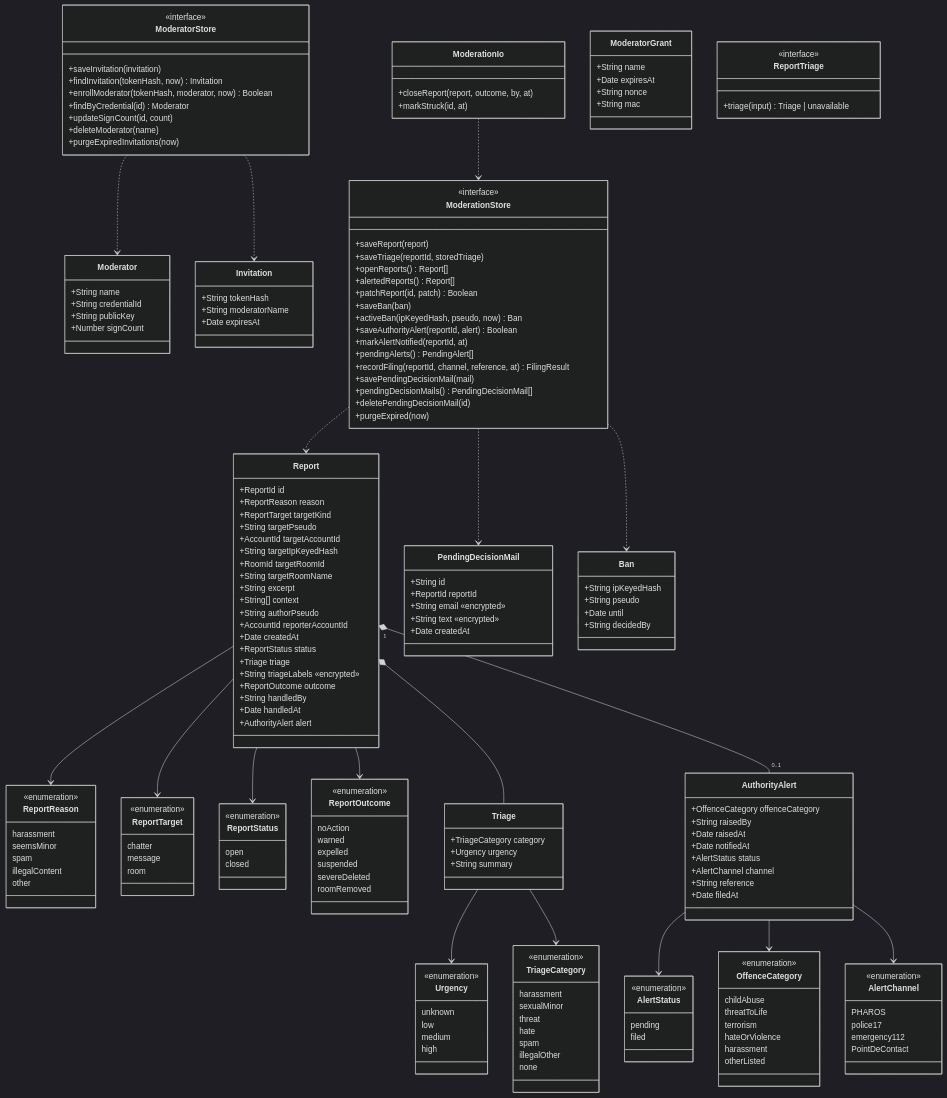
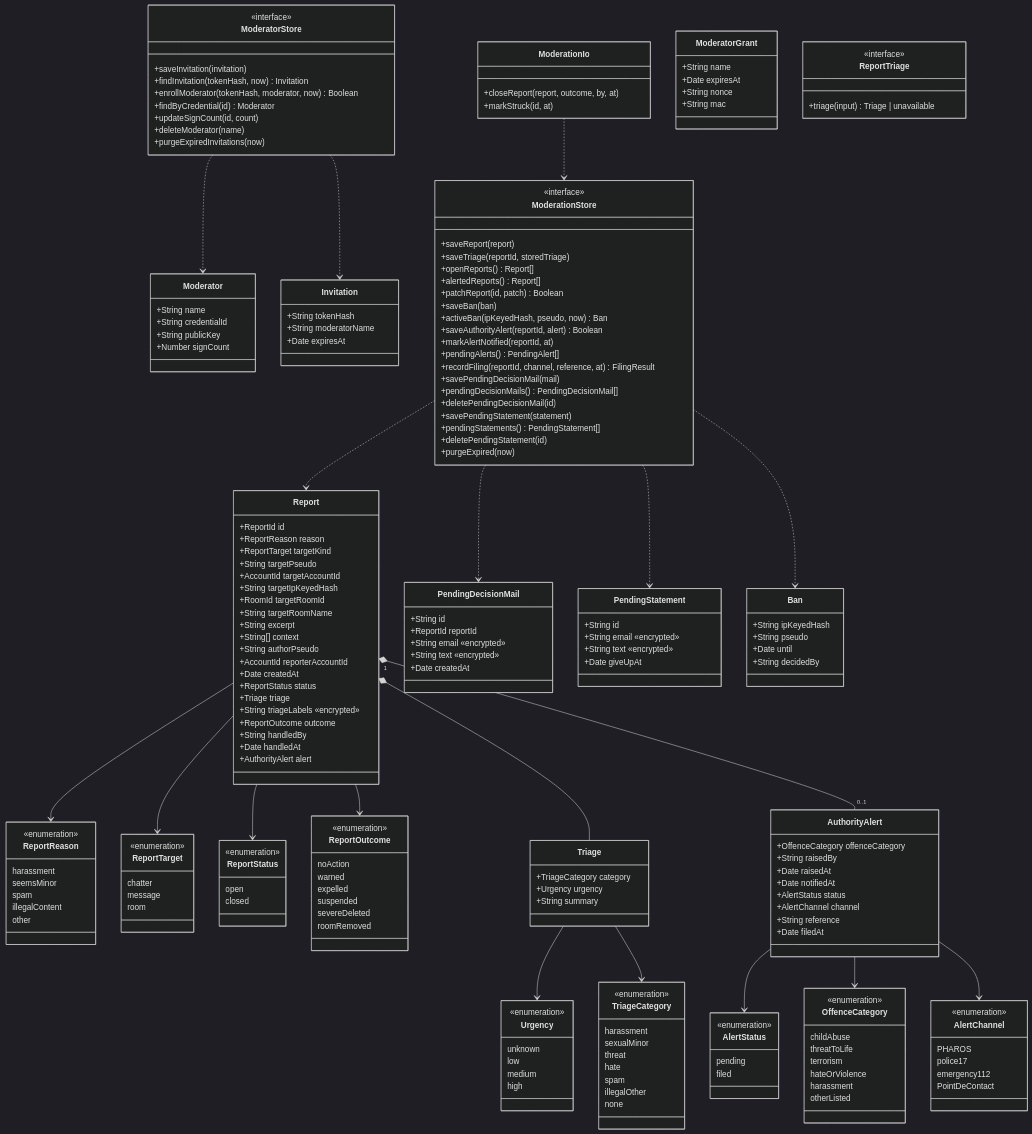
Before and after one commit to benoit-bremaud/asv: the diagram in docs/architecture/diagrams/moderation/04-class.md, drawn with Mermaid (dark theme). The commit also changed other lines of this file and 1 other file, not shown here.

Commit message:
docs(platform): put pending statements and hub maintenance in the class diagrams (9b)

````diff
--- a/docs/architecture/diagrams/moderation/04-class.md
+++ b/docs/architecture/diagrams/moderation/04-class.md
@@ -111,6 +111,12 @@
     +String text «encrypted»
     +Date createdAt
   }
+  class PendingStatement {
+    +String id
+    +String email «encrypted»
+    +String text «encrypted»
+    +Date giveUpAt
+  }
   class AlertStatus {
     <<enumeration>>
     pending
@@ -156,6 +162,9 @@
     +savePendingDecisionMail(mail)
     +pendingDecisionMails() PendingDecisionMail[]
     +deletePendingDecisionMail(id)
+    +savePendingStatement(statement)
+    +pendingStatements() PendingStatement[]
+    +deletePendingStatement(id)
     +purgeExpired(now)
   }
   class ModerationIo {
@@ -197,6 +206,7 @@
   ModerationIo ..> ModerationStore
   ModerationStore ..> Ban
   ModerationStore ..> PendingDecisionMail
+  ModerationStore ..> PendingStatement
   ModeratorStore ..> Moderator
   ModeratorStore ..> Invitation
 ```
````
